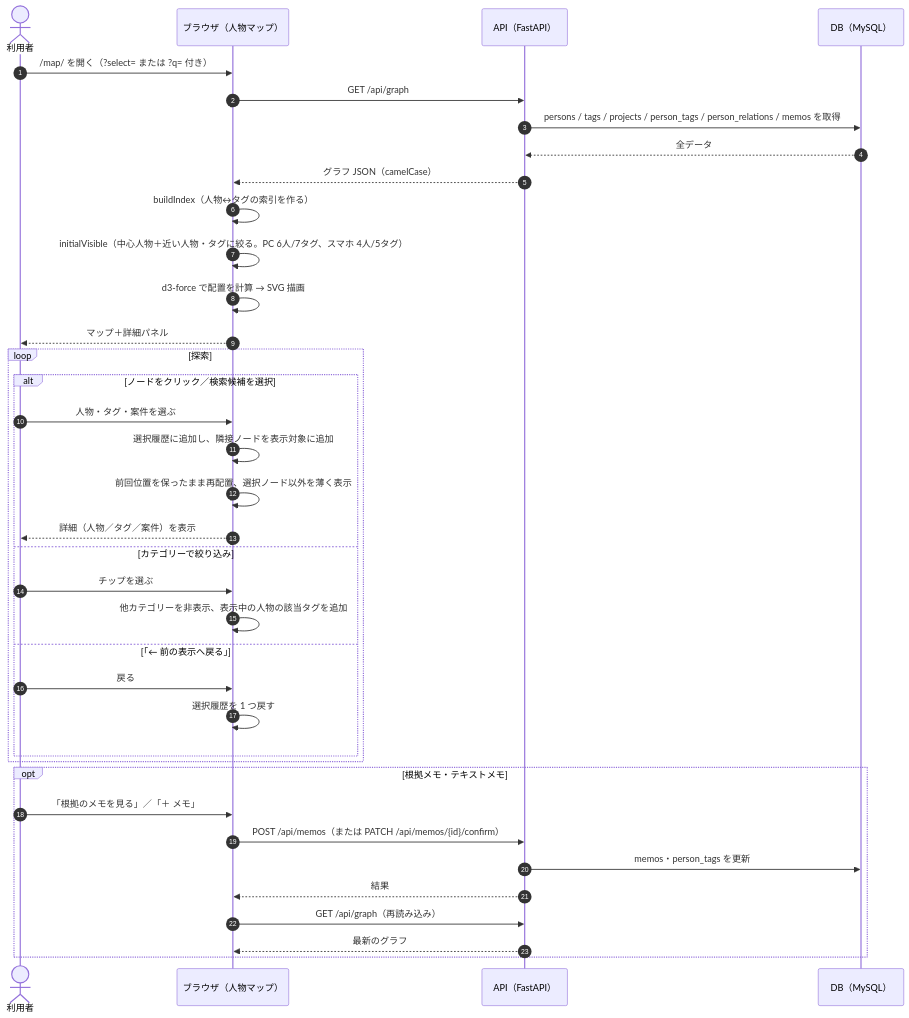
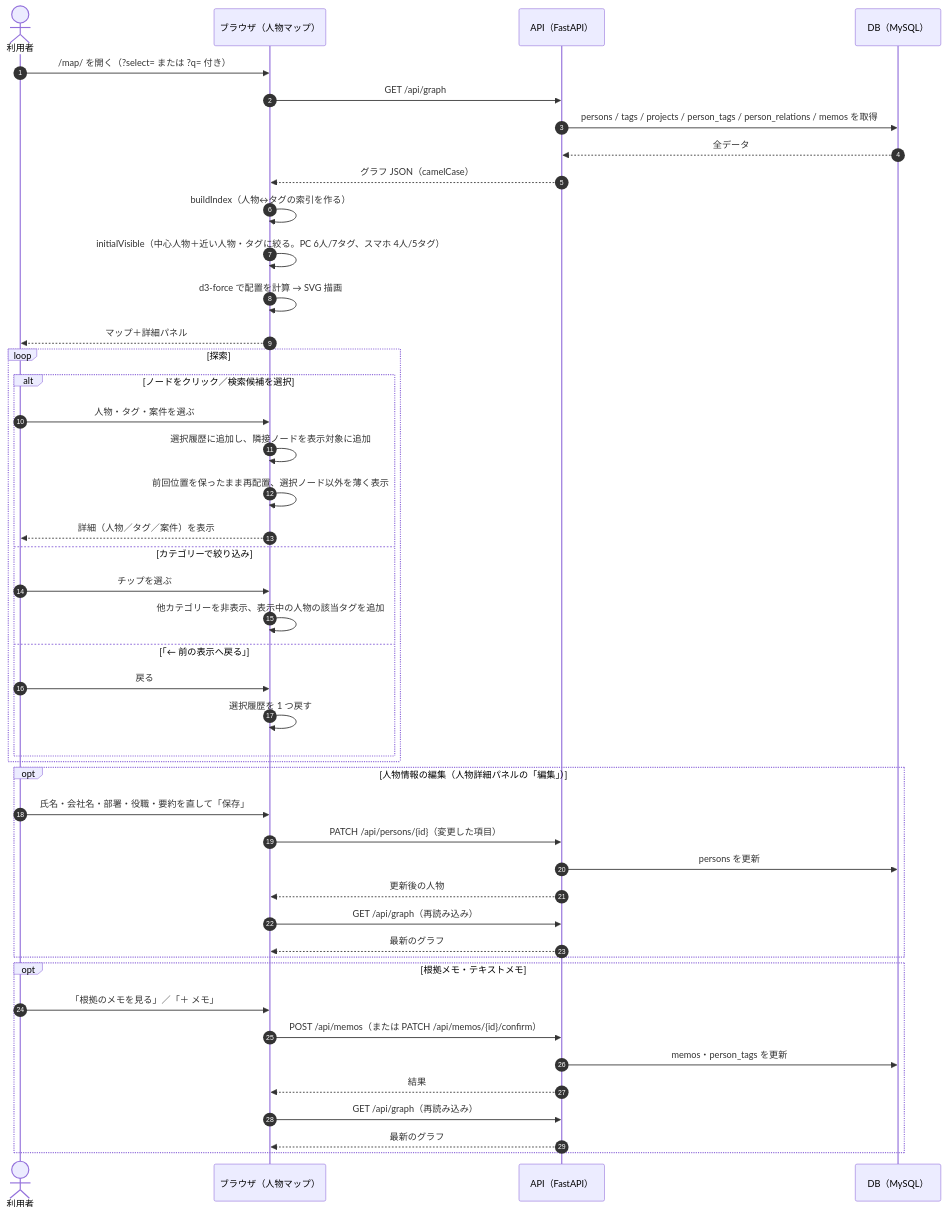
Before and after one commit to kenjiishii99b-beep/task4: the third of 3 diagrams in docs/sequence.md, drawn with Mermaid. The commit also changed 7 other files, not shown here.

````diff
--- a/docs/sequence.md
+++ b/docs/sequence.md
@@ -133,42 +133,51 @@
 ```mermaid
 sequenceDiagram
     autonumber
     actor U as 利用者
     participant B as ブラウザ（人物マップ）
     participant A as API（FastAPI）
     participant D as DB（MySQL）
 
     U->>B: /map/ を開く（?select= または ?q= 付き）
     B->>A: GET /api/graph
     A->>D: persons / tags / projects / person_tags / person_relations / memos を取得
     D-->>A: 全データ
     A-->>B: グラフ JSON（camelCase）
     B->>B: buildIndex（人物↔タグの索引を作る）
     B->>B: initialVisible（中心人物＋近い人物・タグに絞る。PC 6人/7タグ、スマホ 4人/5タグ）
     B->>B: d3-force で配置を計算 → SVG 描画
     B-->>U: マップ＋詳細パネル
 
     loop 探索
         alt ノードをクリック／検索候補を選択
             U->>B: 人物・タグ・案件を選ぶ
             B->>B: 選択履歴に追加し、隣接ノードを表示対象に追加
             B->>B: 前回位置を保ったまま再配置、選択ノード以外を薄く表示
             B-->>U: 詳細（人物／タグ／案件）を表示
         else カテゴリーで絞り込み
             U->>B: チップを選ぶ
             B->>B: 他カテゴリーを非表示、表示中の人物の該当タグを追加
         else 「← 前の表示へ戻る」
             U->>B: 戻る
             B->>B: 選択履歴を 1 つ戻す
         end
     end
 
+    opt 人物情報の編集（人物詳細パネルの「編集」）
+        U->>B: 氏名・会社名・部署・役職・要約を直して「保存」
+        B->>A: PATCH /api/persons/{id}（変更した項目）
+        A->>D: persons を更新
+        A-->>B: 更新後の人物
+        B->>A: GET /api/graph（再読み込み）
+        A-->>B: 最新のグラフ
+    end
+
     opt 根拠メモ・テキストメモ
         U->>B: 「根拠のメモを見る」／「＋ メモ」
         B->>A: POST /api/memos（または PATCH /api/memos/{id}/confirm）
         A->>D: memos・person_tags を更新
         A-->>B: 結果
         B->>A: GET /api/graph（再読み込み）
         A-->>B: 最新のグラフ
     end
 ```
````
